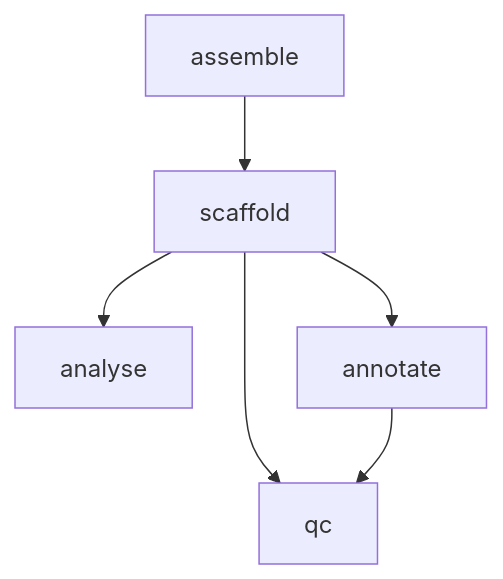
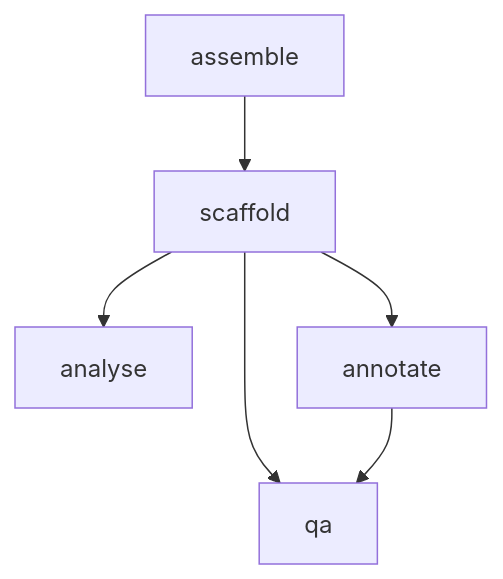
The diagram in README.md (dirkjanvw/MoGAAAP), drawn with Mermaid before and after one commit. The commit also changed other lines of this file and 19 other files, not shown here.

````diff
--- a/README.md
+++ b/README.md
@@ -175,8 +175,8 @@
 ```mermaid
 graph TD;
     assemble-->scaffold;
     scaffold-->analyse;
     scaffold-->annotate;
-    scaffold-->qc;
-    annotate-->qc;
+    scaffold-->qa;
+    annotate-->qa;
 ```
````
